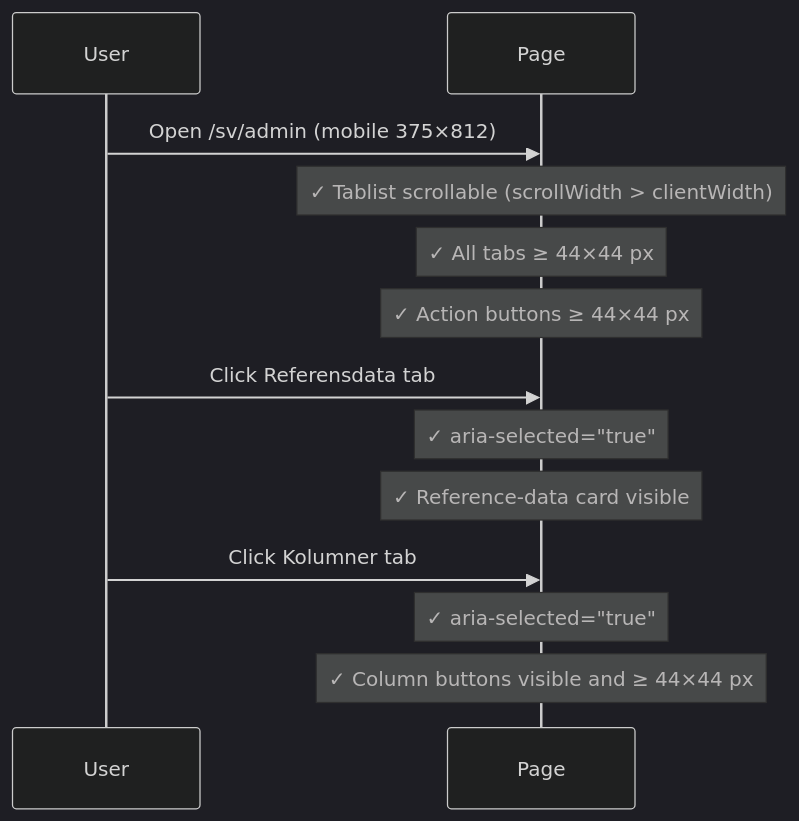
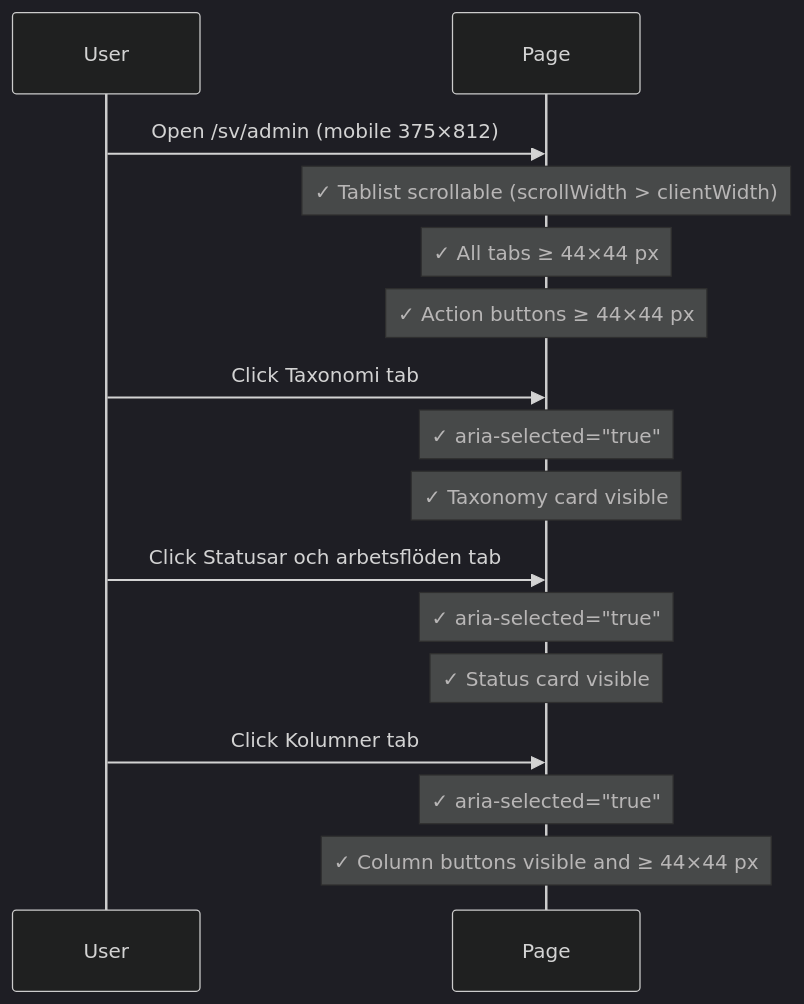
Before and after one commit to viscalyx/Kravhantering: the sixth of 7 diagrams in tests/integration/admin-entrypoint.md, drawn with Mermaid (dark theme). The commit also changed other lines of this file and 45 other files, not shown here.

Commit message:
feat: split reference data into two categories (#309)

````diff
--- a/tests/integration/admin-entrypoint.md
+++ b/tests/integration/admin-entrypoint.md
@@ -218,16 +221,19 @@
 ```mermaid
 sequenceDiagram
     participant U as User
     participant P as Page
 
     U->>P: Open /sv/admin (mobile 375×812)
     Note over P: ✓ Tablist scrollable (scrollWidth > clientWidth)
     Note over P: ✓ All tabs ≥ 44×44 px
     Note over P: ✓ Action buttons ≥ 44×44 px
-    U->>P: Click Referensdata tab
+    U->>P: Click Taxonomi tab
     Note over P: ✓ aria-selected="true"
-    Note over P: ✓ Reference-data card visible
+    Note over P: ✓ Taxonomy card visible
+    U->>P: Click Statusar och arbetsflöden tab
+    Note over P: ✓ aria-selected="true"
+    Note over P: ✓ Status card visible
     U->>P: Click Kolumner tab
     Note over P: ✓ aria-selected="true"
     Note over P: ✓ Column buttons visible and ≥ 44×44 px
 ```
````
